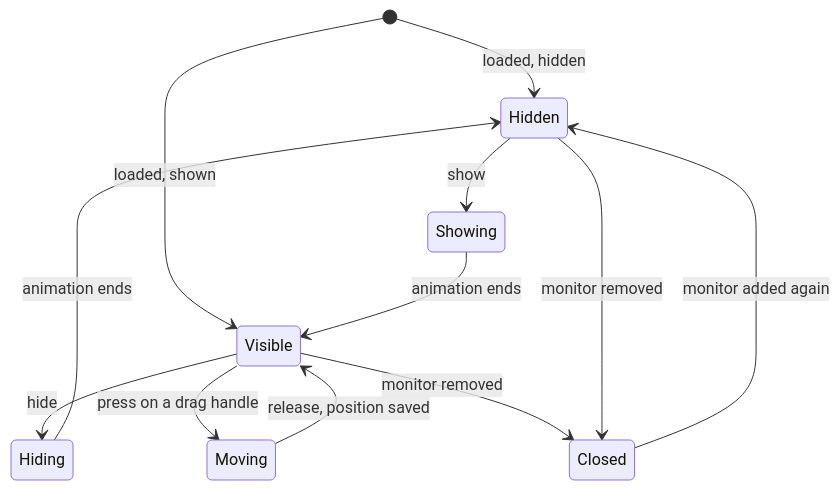
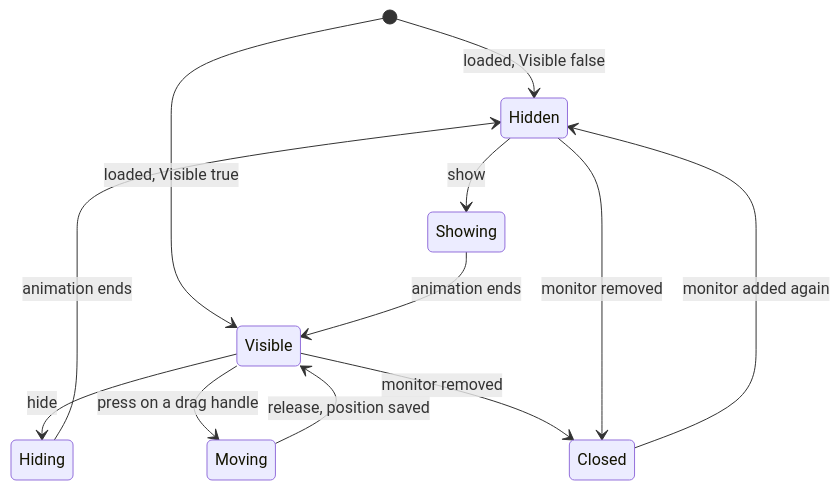
The diagram in docs/40 Specifications/Surfaces/Panel.md (mindderivative/tess-shell), drawn with Mermaid before and after one commit. The commit also changed other lines of this file and 81 other files, not shown here.

````diff
--- a/docs/40 Specifications/Surfaces/Panel.md
+++ b/docs/40 Specifications/Surfaces/Panel.md
@@ -26,14 +26,14 @@
 ```mermaid
 stateDiagram-v2
-    [*] --> Hidden: loaded, hidden
-    [*] --> Visible: loaded, shown
+    [*] --> Hidden: loaded, Visible false
+    [*] --> Visible: loaded, Visible true
     Hidden --> Showing: show
     Showing --> Visible: animation ends
     Visible --> Hiding: hide
     Hiding --> Hidden: animation ends
     Visible --> Moving: press on a drag handle
     Moving --> Visible: release, position saved
     Visible --> Closed: monitor removed
     Hidden --> Closed: monitor removed
     Closed --> Hidden: monitor added again
 ```
````
